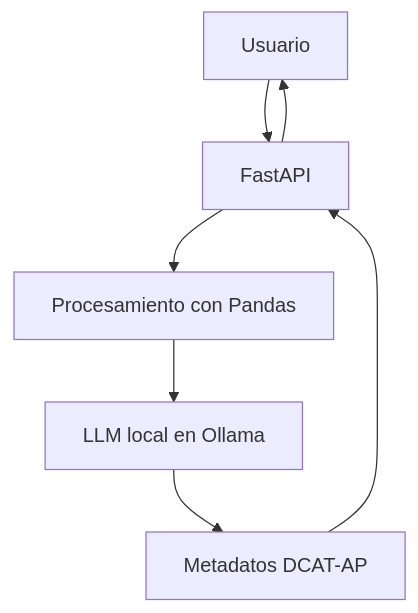
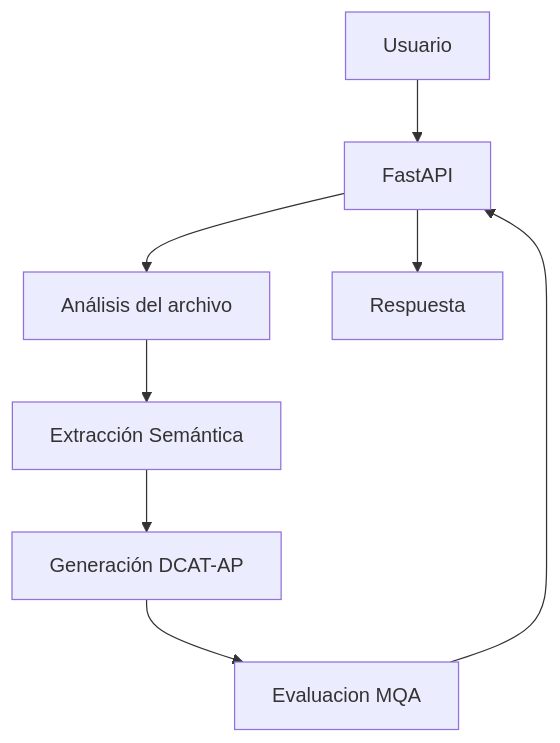
The diagram in README.md (aitanacuadra/TFG), drawn with Mermaid before and after one commit.

Commit message:
Update flowchart in README with new components

````diff
--- a/README.md
+++ b/README.md
@@ -27,9 +27,10 @@
 ```mermaid
 graph TD
-    Client["Usuario"] --> API["FastAPI"]
-    API --> Pre["Procesamiento con Pandas"]
-    Pre --> LLM["LLM local en Ollama"]
-    LLM --> Meta["Metadatos DCAT-AP"]
-    Meta --> API
-    API --> Client
+    User["Usuario"] --> API["FastAPI"]
+    API --> Profiling["Análisis del archivo"]
+    Profiling --> RAG["Extracción Semántica"]
+    RAG --> DCAT["Generación DCAT-AP"]
+    DCAT --> Judge["Evaluacion MQA"]
+    Judge --> API
+    API --> Output["Respuesta"]
 ```
````
